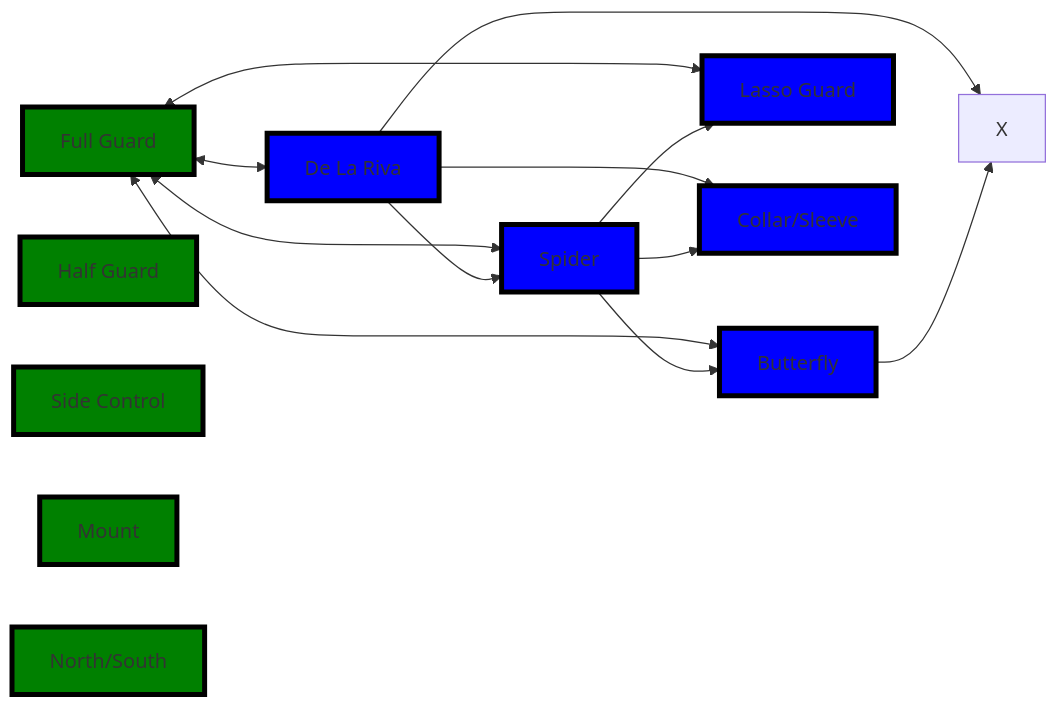
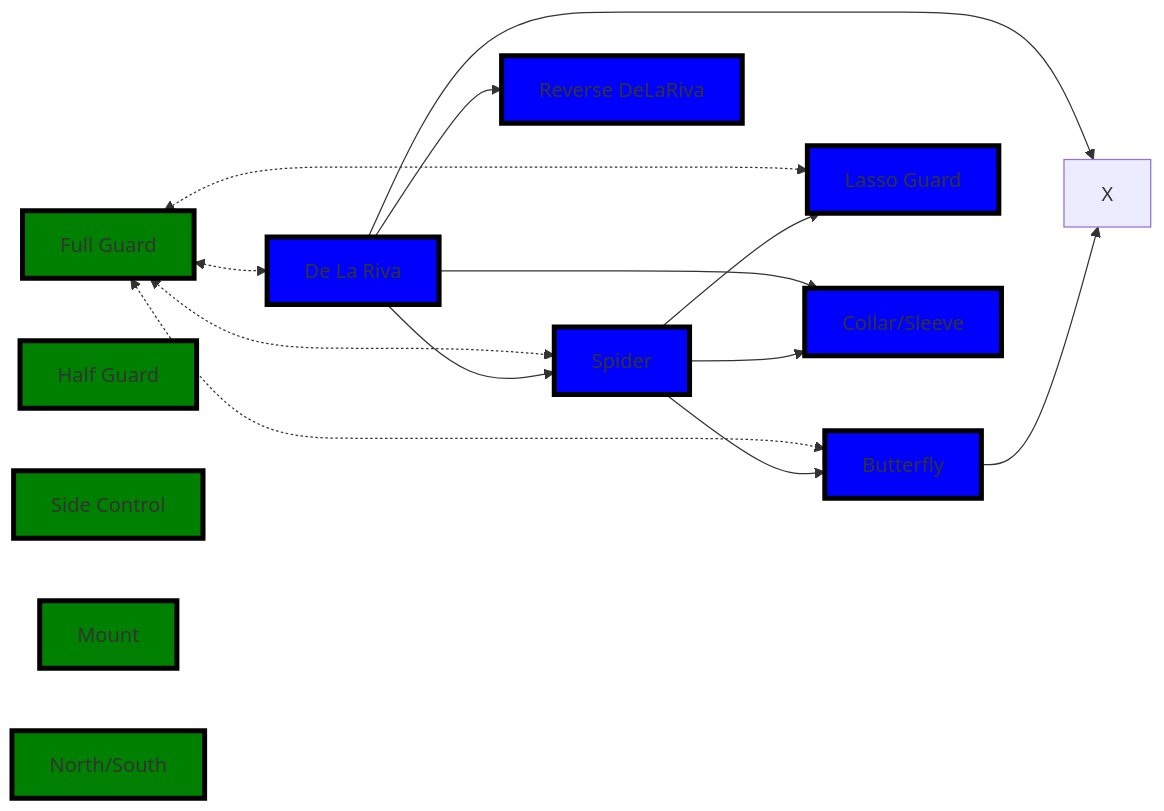
The diagram in _BJJ/Guards Directory.md (jacgit18/DevHiveMind), drawn with Mermaid before and after one commit.

Commit message:
M "_BJJ/Guards Directory.md"

````diff
--- a/_BJJ/Guards Directory.md
+++ b/_BJJ/Guards Directory.md
@@ -18,47 +18,50 @@
 ``` mermaid
 flowchart LR
     A[Full Guard] 
     B[De La Riva] 
     C[Spider]
     D[Butterfly]
     E[Lasso Guard]
     F[X]
 	G[Collar/Sleeve]
 	H[Half Guard] 
 	I[Side Control] 
 	J[Mount] 
 	K[North/South] 
+	L[Reverse DeLaRiva] 
 	
-    A <--> B
-    A <--> C
-    A <--> D
-    A <--> E
+    A <-.-> B
+    A <-.-> C
+    A <-.-> D
+    A <-.-> E
     B --> C
     B --> F
     B --> G
+    B --> L
     C --> D
     C --> E
     C --> G
 	D --> F
 
 style A fill:green,stroke:black,stroke-width:4px,shadow:shadow
 
 style B fill:blue,stroke:black,stroke-width:4px,shadow:shadow
 
 style C fill:blue,stroke:black,stroke-width:4px,shadow:shadow
 
 style D fill:blue,stroke:black,stroke-width:4px,shadow:shadow
 
 style E fill:blue,stroke:black,stroke-width:4px,shadow:shadow
 
 style G fill:blue,stroke:black,stroke-width:4px,shadow:shadow
 
 style H fill:green,stroke:black,stroke-width:4px,shadow:shadow
 
 style I fill:green,stroke:black,stroke-width:4px,shadow:shadow
 
 style J fill:green,stroke:black,stroke-width:4px,shadow:shadow
 
 style K fill:green,stroke:black,stroke-width:4px,shadow:shadow
 
+style L fill:blue,stroke:black,stroke-width:4px,shadow:shadow
 ```
````
